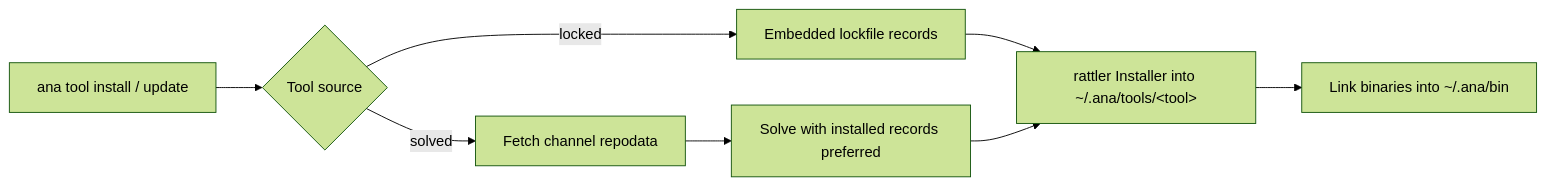
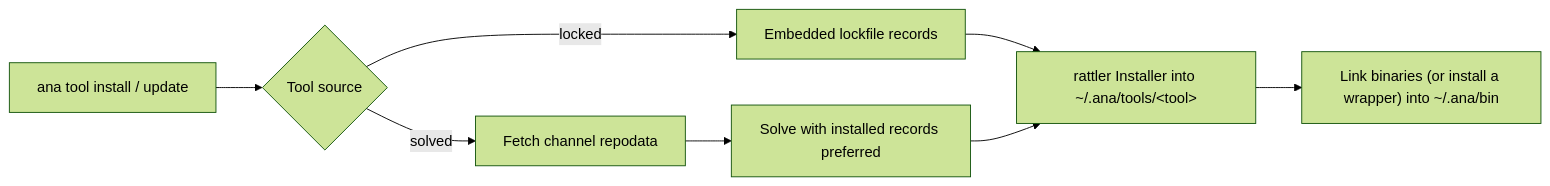
One commit to anaconda/anaconda-cli changed the sixth of 8 diagrams in docs/architecture.md. Above: the diagram before and after it, drawn with Mermaid (forest theme). The commit also changed other lines of this file and 28 other files, not shown here.

````diff
--- a/docs/architecture.md
+++ b/docs/architecture.md
@@ -270,9 +270,9 @@
 ```mermaid
 flowchart LR
     CMD["ana tool install / update"] --> KIND{"Tool source"}
     KIND -->|"locked"| LOCK["Embedded lockfile records"]
     KIND -->|"solved"| GW["Fetch channel repodata"] --> SOLVE["Solve with installed records preferred"]
     LOCK --> INST["rattler Installer into ~/.ana/tools/&lt;tool&gt;"]
     SOLVE --> INST
-    INST --> LINK["Link binaries into ~/.ana/bin"]
+    INST --> LINK["Link binaries (or install a wrapper) into ~/.ana/bin"]
 ```
````
